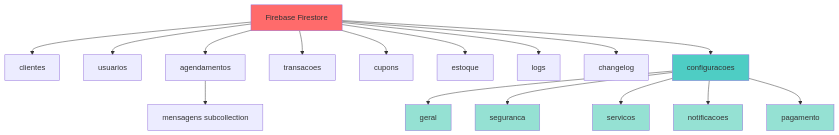
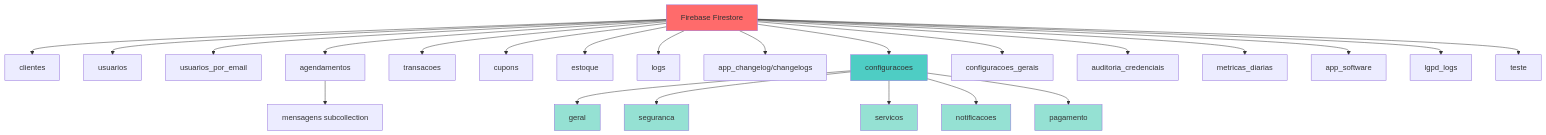
One commit to AllandreGirodo/sagma changed the first of 2 diagrams in ESTRUTURA_FIRESTORE.md. Above: the diagram before and after it, drawn with Mermaid. The commit also changed other lines of this file and 11 other files, not shown here.

````diff
--- a/ESTRUTURA_FIRESTORE.md
+++ b/ESTRUTURA_FIRESTORE.md
@@ -5,28 +5,35 @@
 ```mermaid
 graph TD
     A[Firebase Firestore] --> B[clientes]
     A --> C[usuarios]
+  A --> C1[usuarios_por_email]
     A --> D[agendamentos]
     A --> E[transacoes]
     A --> F[cupons]
     A --> G[estoque]
     A --> H[logs]
-    A --> I[changelog]
+  A --> I[app_changelog/changelogs]
     A --> J[configuracoes]
+  A --> K[configuracoes_gerais]
+  A --> L[auditoria_credenciais]
+  A --> M[metricas_diarias]
+  A --> N[app_software]
+  A --> O[lgpd_logs]
+  A --> P[teste]
     
     D --> D1[mensagens subcollection]
     
     J --> J1[geral]
     J --> J2[seguranca]
     J --> J3[servicos]
     J --> J4[notificacoes]
     J --> J5[pagamento]
     
     style A fill:#ff6b6b
     style J fill:#4ecdc4
     style J1 fill:#95e1d3
     style J2 fill:#95e1d3
     style J3 fill:#95e1d3
     style J4 fill:#95e1d3
     style J5 fill:#95e1d3
 ```
````
